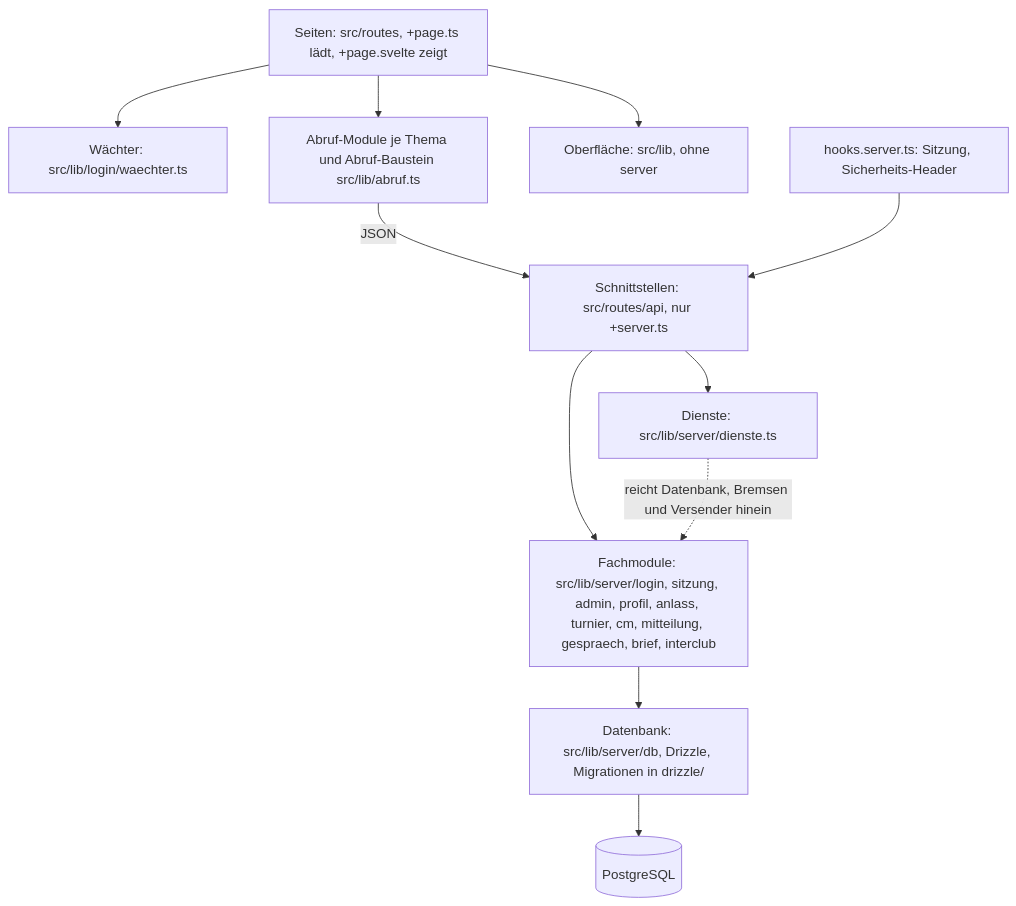
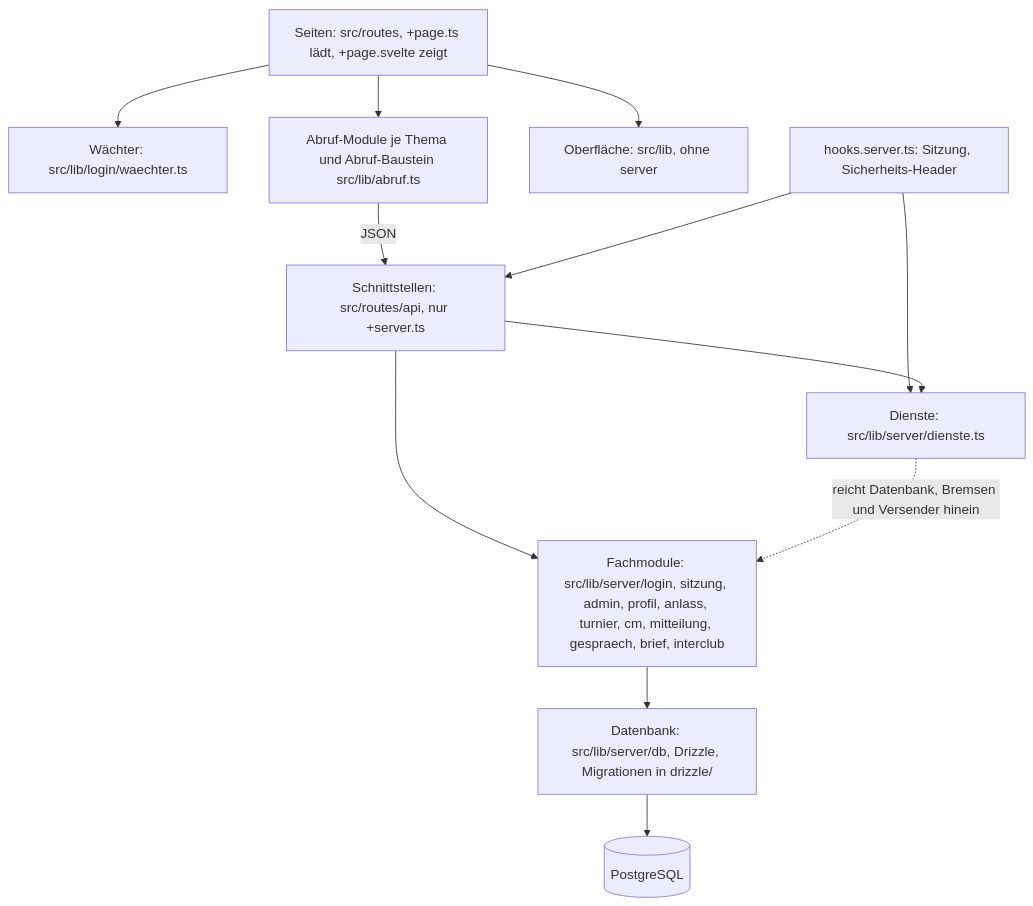
One commit to konstantinniedermann/tco-app changed the second of 3 diagrams in docs/arc42.md. Above: the diagram before and after it, drawn with Mermaid. The commit also changed other lines of this file, not shown here.

````diff
--- a/docs/arc42.md
+++ b/docs/arc42.md
@@ -78,13 +78,14 @@
 ```mermaid
 flowchart TD
   S["Seiten: src/routes, +page.ts lädt, +page.svelte zeigt"] --> W["Wächter: src/lib/login/waechter.ts"]
   S --> AM["Abruf-Module je Thema und Abruf-Baustein src/lib/abruf.ts"]
   S --> UI["Oberfläche: src/lib, ohne server"]
   AM -->|JSON| API["Schnittstellen: src/routes/api, nur +server.ts"]
   H["hooks.server.ts: Sitzung, Sicherheits-Header"] --> API
+  H --> DI
   API --> DI["Dienste: src/lib/server/dienste.ts"]
   API --> F["Fachmodule: src/lib/server/login, sitzung, admin, profil, anlass, turnier, cm, mitteilung, gespraech, brief, interclub"]
   DI -.->|reicht Datenbank, Bremsen und Versender hinein| F
   F --> DB["Datenbank: src/lib/server/db, Drizzle, Migrationen in drizzle/"]
   DB --> PG[(PostgreSQL)]
 ```
````
